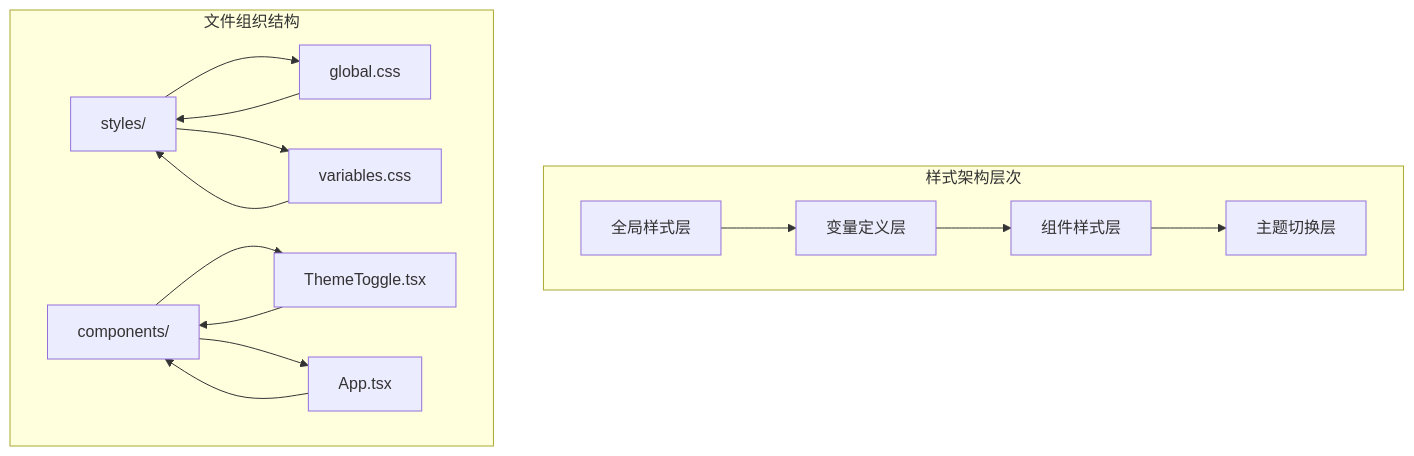
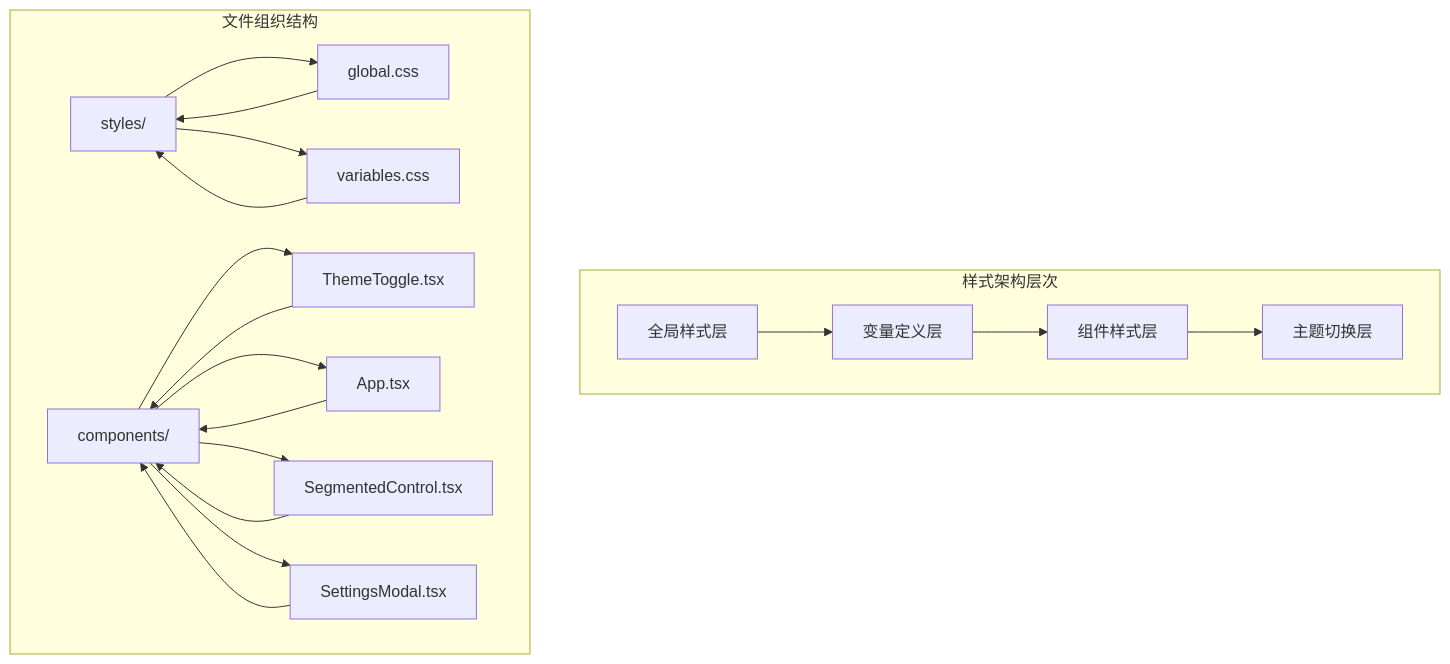
The first of 14 diagrams in .qoder/repowiki/zh/content/项目概述/技术架构概览/前端架构设计/样式与主题系统.md (billye220670/CorineKit_Pix2Real), drawn with Mermaid before and after one commit. The commit also changed other lines of this file and 10 other files, not shown here.

Commit message:
feat: LoRA触发词右键上下文菜单与未使用检测 - 新增PromptContextMenu多层级右键菜单组件 - 移除侧边栏LoRA触发词文本显示，改为未使用时黄色警告图标 - 提示词输入框右键弹出菜单，支持插入LoRA触发词和标签分类数据 - Text2ImgSidebar和ZITSidebar同步更新

````diff
--- a/.qoder/repowiki/zh/content/项目概述/技术架构概览/前端架构设计/样式与主题系统.md
+++ b/.qoder/repowiki/zh/content/项目概述/技术架构概览/前端架构设计/样式与主题系统.md
@@ -53,18 +58,22 @@
 ```mermaid
 graph TB
 subgraph "样式架构层次"
 A[全局样式层] --> B[变量定义层]
 B --> C[组件样式层]
 C --> D[主题切换层]
 end
 subgraph "文件组织结构"
 E[styles/] --> F[global.css]
 E --> G[variables.css]
 H[components/] --> I[ThemeToggle.tsx]
 H --> J[App.tsx]
+H --> K[SegmentedControl.tsx]
+H --> L[SettingsModal.tsx]
 end
 F --> E
 G --> E
 I --> H
 J --> H
+K --> H
+L --> H
 ```
````
